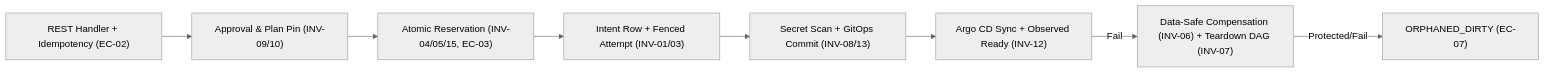
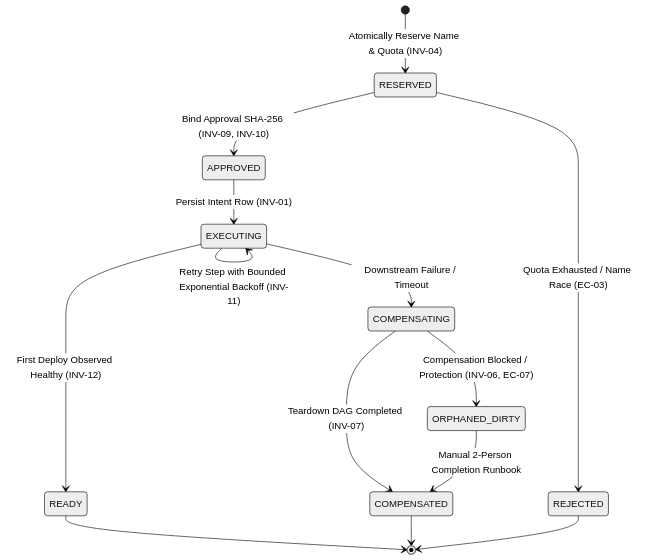
The third of 5 diagrams in docs/features/self-service-provisioning/diagrams.md (Chief-Strategist-J/internal-developer-platform), drawn with Mermaid (neutral theme) before and after one commit. The commit also changed other lines of this file and 16 other files, not shown here.

Commit message:
docs(ssp): update ADRs, diagrams, runbooks, sweeper test script, and add per-feature CI workflows

````diff
--- a/docs/features/self-service-provisioning/diagrams.md
+++ b/docs/features/self-service-provisioning/diagrams.md
@@ -4,10 +106,16 @@
 ```mermaid
-flowchart LR
-    API["REST Handler + Idempotency (EC-02)"] --> APP["Approval & Plan Pin (INV-09/10)"]
-    APP --> RES["Atomic Reservation (INV-04/05/15, EC-03)"]
-    RES --> INT["Intent Row + Fenced Attempt (INV-01/03)"]
-    INT --> GIT["Secret Scan + GitOps Commit (INV-08/13)"]
-    GIT --> ARGO["Argo CD Sync + Observed Ready (INV-12)"]
-    ARGO -->|Fail| COMP["Data-Safe Compensation (INV-06) + Teardown DAG (INV-07)"]
-    COMP -->|Protected/Fail| DIRTY["ORPHANED_DIRTY (EC-07)"]
+stateDiagram-v2
+    [*] --> RESERVED: Atomically Reserve Name & Quota (INV-04)
+    RESERVED --> APPROVED: Bind Approval SHA-256 (INV-09, INV-10)
+    RESERVED --> REJECTED: Quota Exhausted / Name Race (EC-03)
+    APPROVED --> EXECUTING: Persist Intent Row (INV-01)
+    EXECUTING --> EXECUTING: Retry Step with Bounded Exponential Backoff (INV-11)
+    EXECUTING --> READY: First Deploy Observed Healthy (INV-12)
+    EXECUTING --> COMPENSATING: Downstream Failure / Timeout
+    COMPENSATING --> COMPENSATED: Teardown DAG Completed (INV-07)
+    COMPENSATING --> ORPHANED_DIRTY: Compensation Blocked / Protection (INV-06, EC-07)
+    ORPHANED_DIRTY --> COMPENSATED: Manual 2-Person Completion Runbook
+    READY --> [*]
+    COMPENSATED --> [*]
+    REJECTED --> [*]
 ```
````
